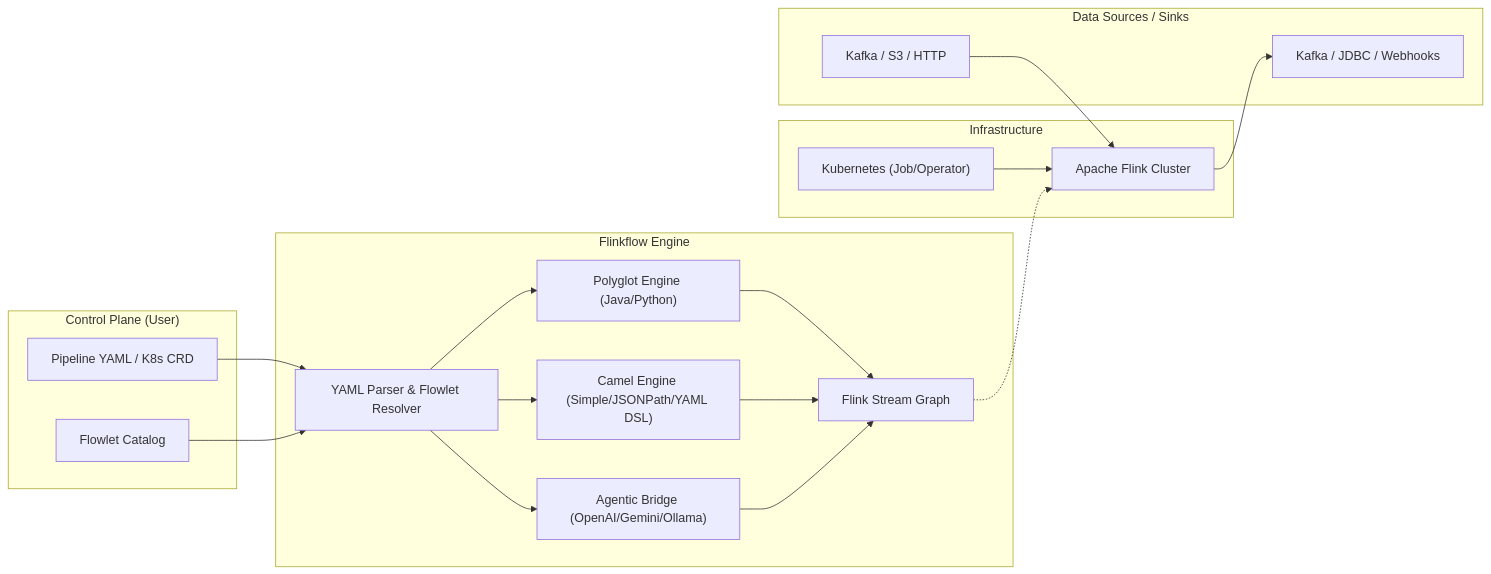
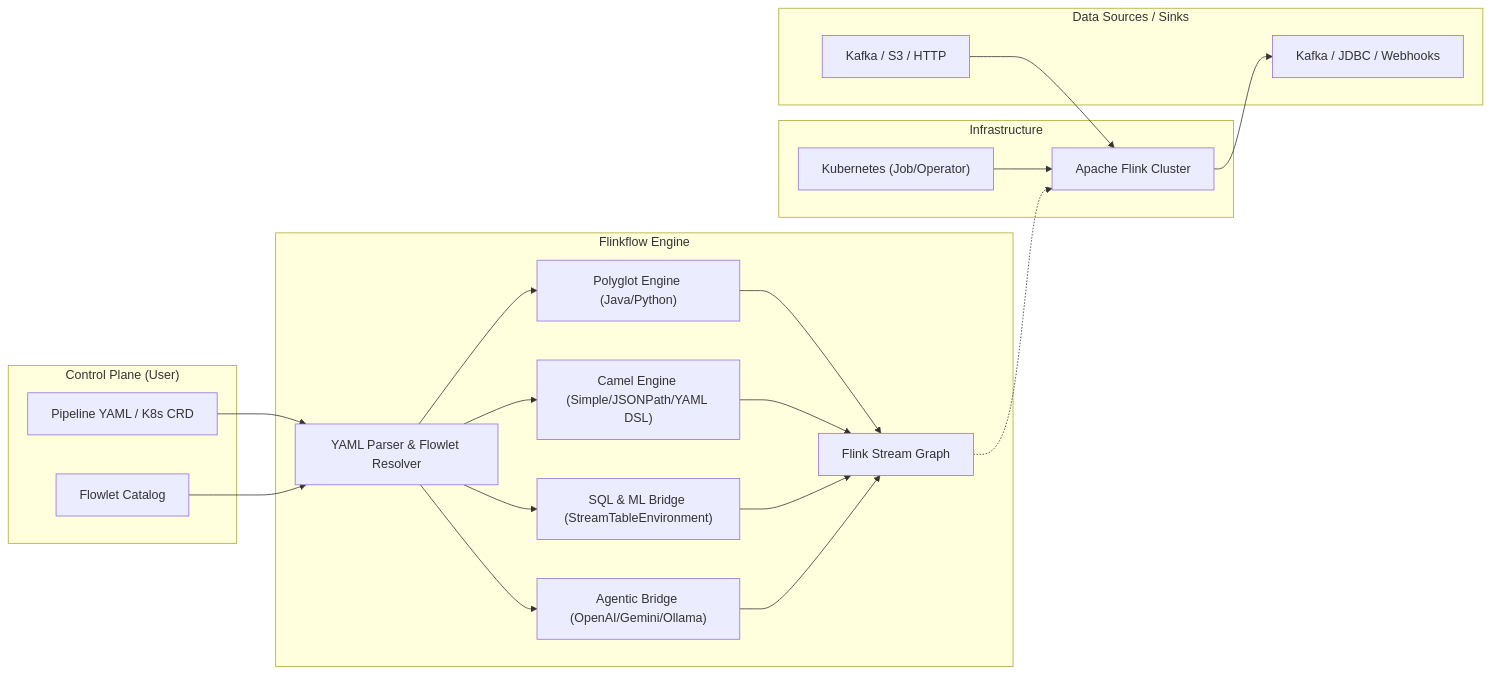
The diagram in README.md (talwegai/flinkflow), drawn with Mermaid before and after one commit. The commit also changed other lines of this file and 32 other files, not shown here.

````diff
--- a/README.md
+++ b/README.md
@@ -114,38 +116,41 @@
 ```mermaid
 graph LR
     subgraph "Control Plane (User)"
         YAML["Pipeline YAML / K8s CRD"]
         FLOW["Flowlet Catalog"]
     end
 
     subgraph "Flinkflow Engine"
         PARSER["YAML Parser & Flowlet Resolver"]
         JANINO["Polyglot Engine (Java/Python)"]
         CAMEL["Camel Engine (Simple/JSONPath/YAML DSL)"]
+        TABLEAPI["SQL & ML Bridge (StreamTableEnvironment)"]
         AGENT["Agentic Bridge (OpenAI/Gemini/Ollama)"]
         DAG["Flink Stream Graph"]
     end
 
     subgraph "Infrastructure"
         K8S["Kubernetes (Job/Operator)"]
         FLINK["Apache Flink Cluster"]
     end
 
     subgraph "Data Sources / Sinks"
         SRC["Kafka / S3 / HTTP"]
         SNK["Kafka / JDBC / Webhooks"]
     end
 
     YAML --> PARSER
     FLOW --> PARSER
     PARSER --> JANINO
     PARSER --> CAMEL
+    PARSER --> TABLEAPI
     PARSER --> AGENT
     JANINO --> DAG
     CAMEL --> DAG
+    TABLEAPI --> DAG
     AGENT --> DAG
     K8S --> FLINK
     DAG -.-> FLINK
     SRC --> FLINK
     FLINK --> SNK
 ```
````
